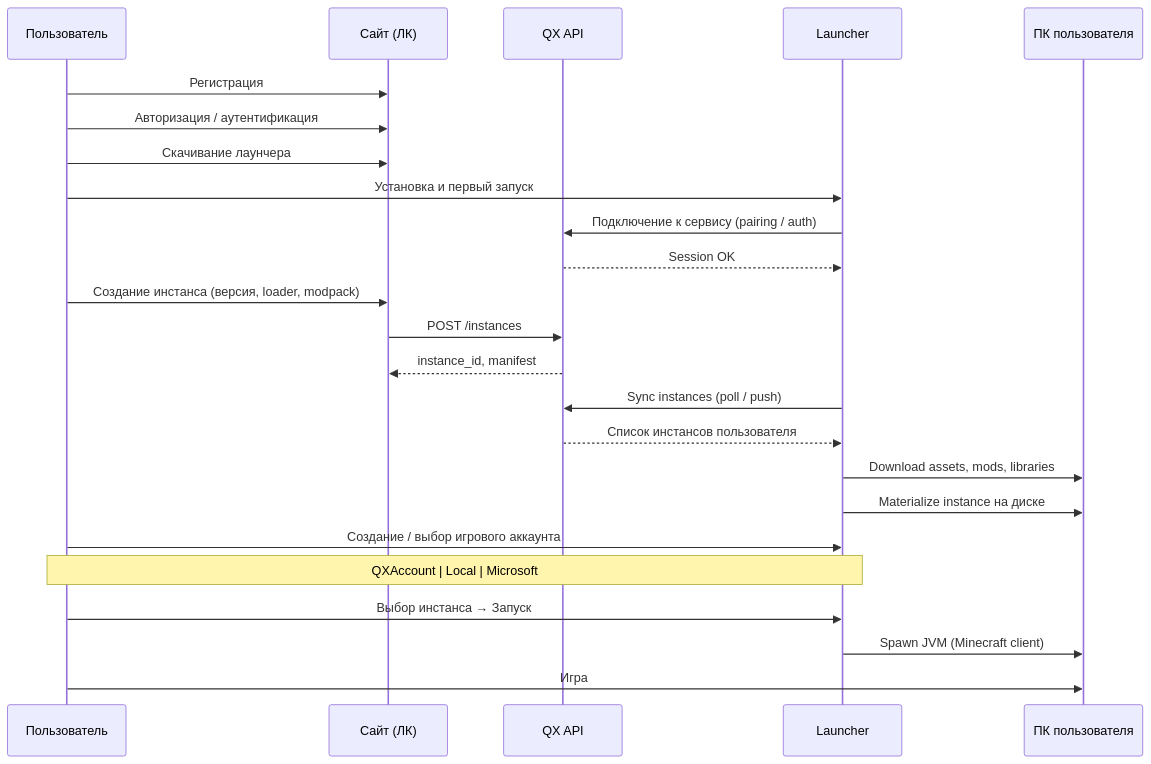
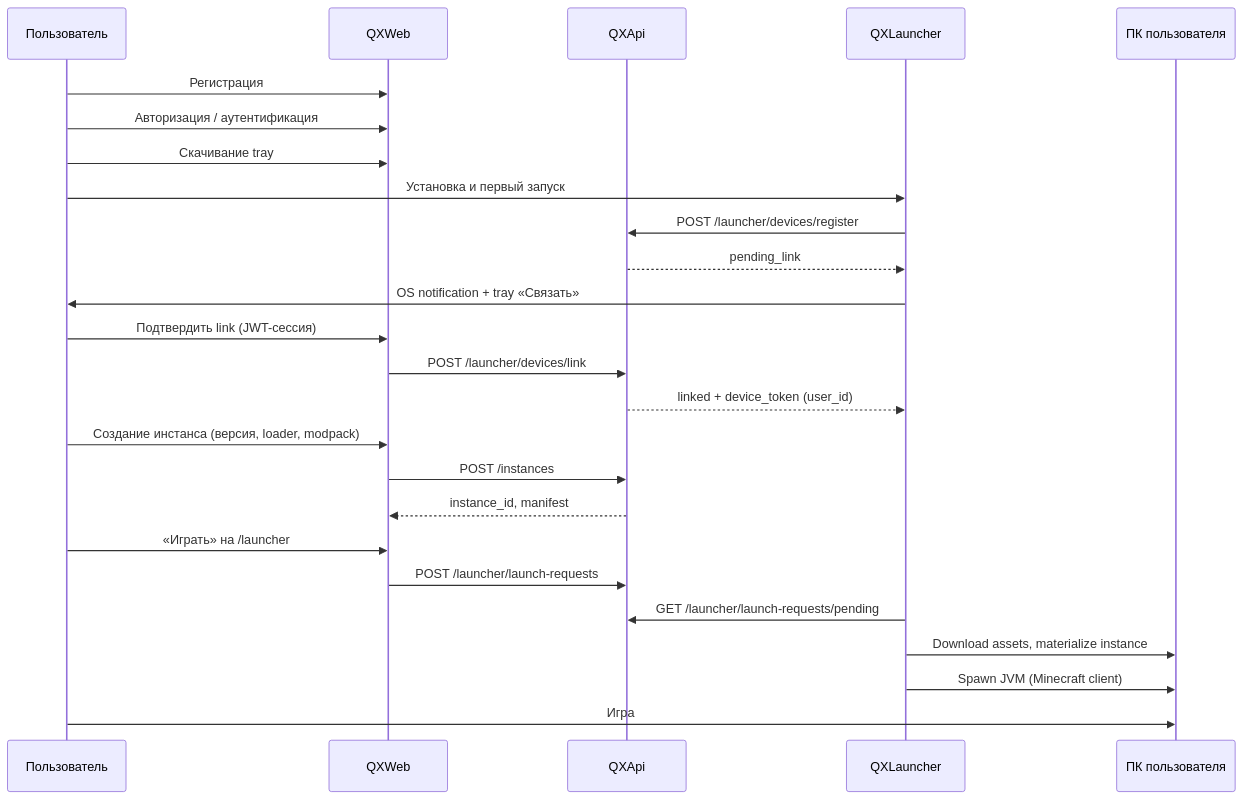
Before and after one commit to mindevis/qx-project: the first of 16 diagrams in docs/architecture.md, drawn with Mermaid. The commit also changed other lines of this file and 14 other files, not shown here.

````diff
--- a/docs/architecture.md
+++ b/docs/architecture.md
@@ -88,31 +44,30 @@
 ```mermaid
 sequenceDiagram
     participant U as Пользователь
-    participant Web as Сайт (ЛК)
-    participant API as QX API
-    participant L as Launcher
+    participant Web as QXWeb
+    participant API as QXApi
+    participant L as QXLauncher
     participant PC as ПК пользователя
 
     U->>Web: Регистрация
     U->>Web: Авторизация / аутентификация
-    U->>Web: Скачивание лаунчера
+    U->>Web: Скачивание tray
     U->>L: Установка и первый запуск
-    L->>API: Подключение к сервису (pairing / auth)
-    API-->>L: Session OK
+    L->>API: POST /launcher/devices/register
+    API-->>L: pending_link
+    L->>U: OS notification + tray «Связать»
+    U->>Web: Подтвердить link (JWT-сессия)
+    Web->>API: POST /launcher/devices/link
+    API-->>L: linked + device_token (user_id)
 
     U->>Web: Создание инстанса (версия, loader, modpack)
     Web->>API: POST /instances
     API-->>Web: instance_id, manifest
 
-    L->>API: Sync instances (poll / push)
-    API-->>L: Список инстансов пользователя
-    L->>PC: Download assets, mods, libraries
-    L->>PC: Materialize instance на диске
-
-    U->>L: Создание / выбор игрового аккаунта
-    Note over U,L: QXAccount | Local | Microsoft
-
-    U->>L: Выбор инстанса → Запуск
+    U->>Web: «Играть» на /launcher
+    Web->>API: POST /launcher/launch-requests
+    L->>API: GET /launcher/launch-requests/pending
+    L->>PC: Download assets, materialize instance
     L->>PC: Spawn JVM (Minecraft client)
     U->>PC: Игра
 ```
````
